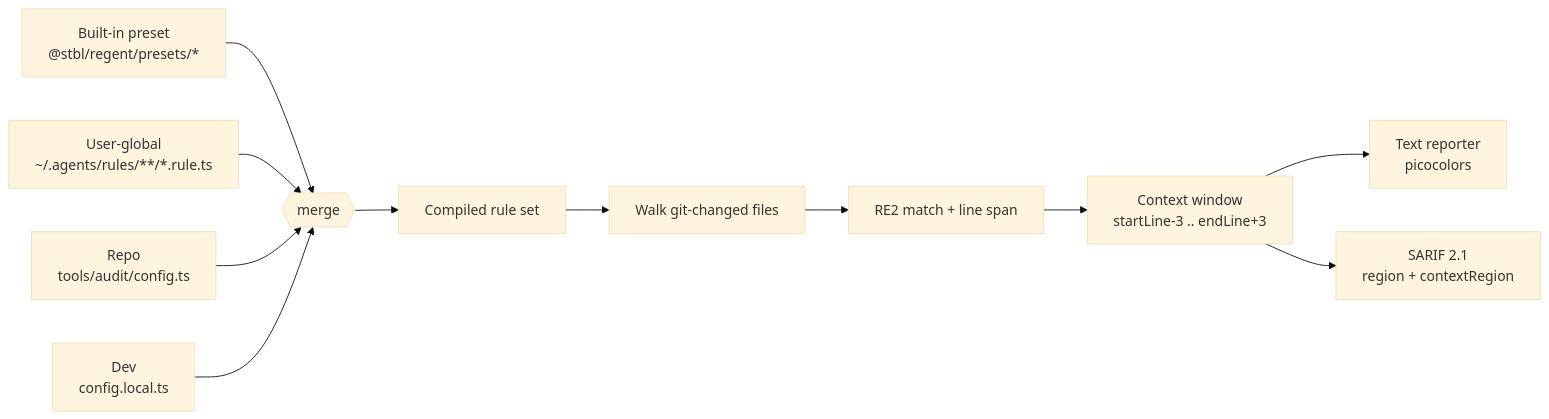
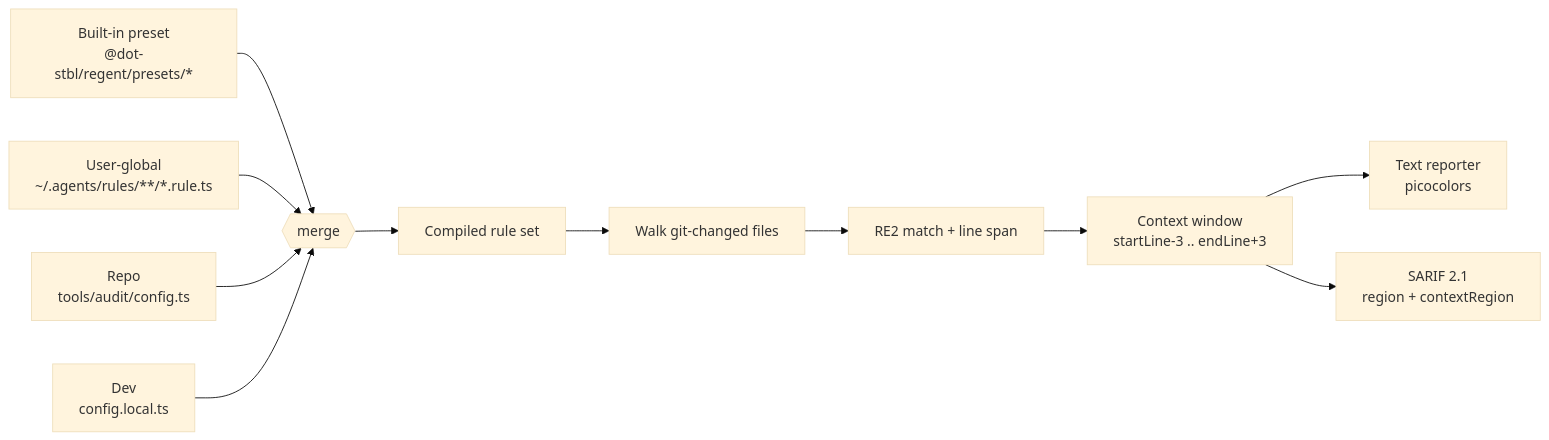
The diagram in README.md (dot-stbl/regent), drawn with Mermaid (base theme) before and after one commit. The commit also changed other lines of this file and 17 other files, not shown here.

````diff
--- a/README.md
+++ b/README.md
@@ -148,13 +171,13 @@
 ```mermaid
 flowchart LR
-  A[Built-in preset<br/>@stbl/regent/presets/*] --> M{{merge}}
+  A[Built-in preset<br/>@dot-stbl/regent/presets/*] --> M{{merge}}
   B[User-global<br/>~/.agents/rules/**/*.rule.ts] --> M
   C[Repo<br/>tools/audit/config.ts] --> M
   D[Dev<br/>config.local.ts] --> M
   M --> R[Compiled rule set]
   R --> W[Walk git-changed files]
   W --> X[RE2 match + line span]
   X --> Ctx[Context window<br/>startLine-3 .. endLine+3]
   Ctx --> T[Text reporter<br/>picocolors]
   Ctx --> S[SARIF 2.1<br/>region + contextRegion]
 ```
````
